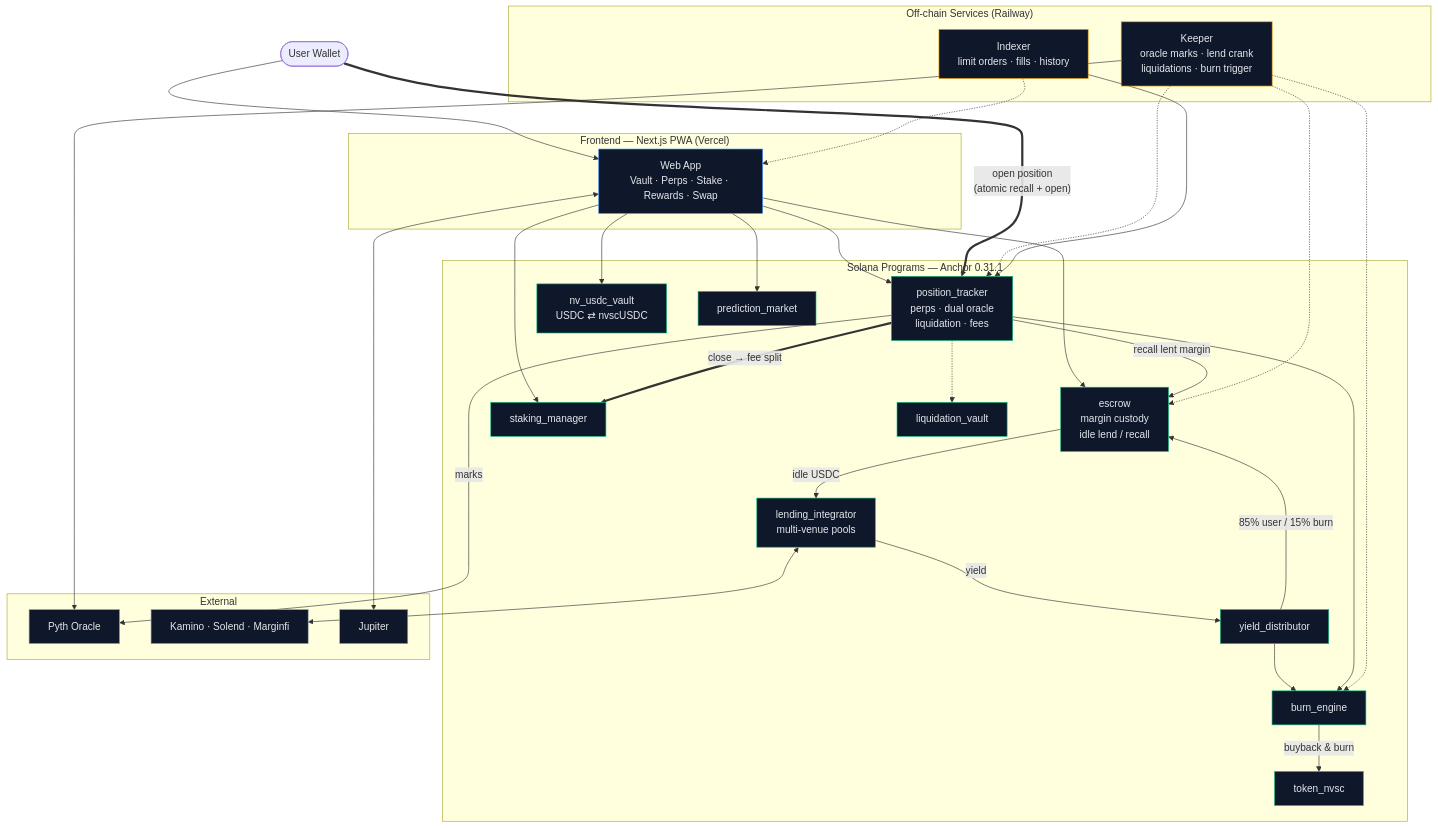
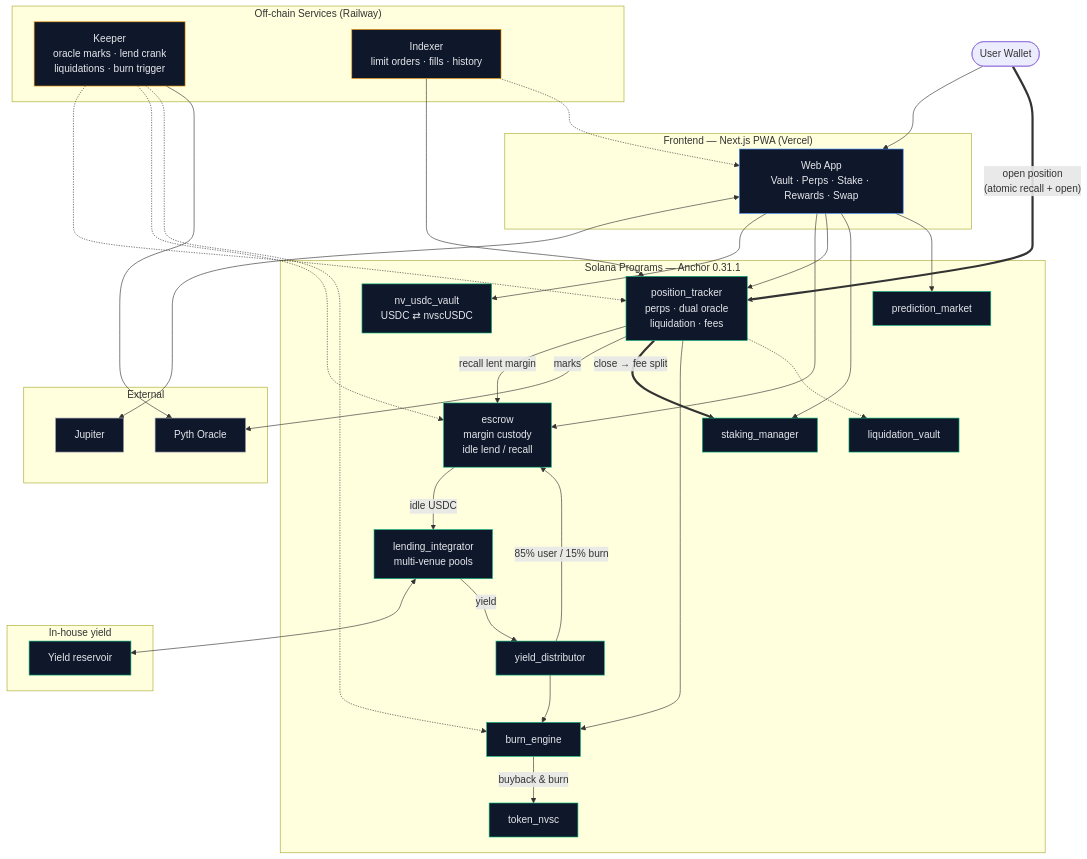
The diagram in docs/assets/architecture-flow.mmd (KezzyNgotho/noviscia-protocol), drawn with Mermaid before and after one commit. The commit also changed 25 other files, not shown here.

```diff
--- a/docs/assets/architecture-flow.mmd
+++ b/docs/assets/architecture-flow.mmd
@@ -1,70 +1,74 @@
 flowchart TB
     User(["User Wallet"])
 
     subgraph FE["Frontend — Next.js PWA (Vercel)"]
         Web["Web App<br/>Vault · Perps · Stake · Rewards · Swap"]
     end
 
     subgraph OFF["Off-chain Services (Railway)"]
         Keeper["Keeper<br/>oracle marks · lend crank<br/>liquidations · burn trigger"]
         Indexer["Indexer<br/>limit orders · fills · history"]
     end
 
     subgraph ONCHAIN["Solana Programs — Anchor 0.31.1"]
         Escrow["escrow<br/>margin custody<br/>idle lend / recall"]
         Lending["lending_integrator<br/>multi-venue pools"]
         PT["position_tracker<br/>perps · dual oracle<br/>liquidation · fees"]
         Vault["nv_usdc_vault<br/>USDC ⇄ nvscUSDC"]
         Yield["yield_distributor"]
         Staking["staking_manager"]
         Burn["burn_engine"]
         Token["token_nvsc"]
         LiqVault["liquidation_vault"]
         Pred["prediction_market"]
     end
 
     subgraph EXT["External"]
         Pyth["Pyth Oracle"]
-        Venues["Kamino · Solend · Marginfi"]
         Jup["Jupiter"]
+    end
+
+    subgraph INT["In-house yield"]
+        Venues["Yield reservoir"]
     end
 
     User --> Web
     Web <--> Jup
     Web --> Vault
     Web --> Escrow
     Web --> PT
     Web --> Staking
     Web --> Pred
 
     Escrow -- "idle USDC" --> Lending
     Lending <--> Venues
     Lending -- "yield" --> Yield
     Yield -- "85% user / 15% burn" --> Escrow
     Yield --> Burn
 
     User == "open position<br/>(atomic recall + open)" ==> PT
     PT -- "recall lent margin" --> Escrow
     PT -- "marks" --> Pyth
     PT == "close → fee split" ==> Staking
     PT --> Burn
     PT -.-> LiqVault
 
     Burn -- "buyback & burn" --> Token
 
     Keeper -.-> PT
     Keeper -.-> Escrow
     Keeper -.-> Burn
     Keeper --> Pyth
     Indexer --> PT
     Indexer -.-> Web
 
     classDef onchain fill:#0f172a,stroke:#10b981,stroke-width:1px,color:#e5e7eb
     classDef offchain fill:#0f172a,stroke:#f59e0b,stroke-width:1px,color:#e5e7eb
     classDef frontend fill:#0f172a,stroke:#3b82f6,stroke-width:1px,color:#e5e7eb
     classDef external fill:#0f172a,stroke:#9ca3af,stroke-width:1px,color:#e5e7eb
 
     class Escrow,Lending,PT,Vault,Yield,Staking,Burn,Token,LiqVault,Pred onchain
     class Keeper,Indexer offchain
     class Web frontend
-    class Pyth,Venues,Jup external
+    class Pyth,Jup external
+    class Venues onchain
```
